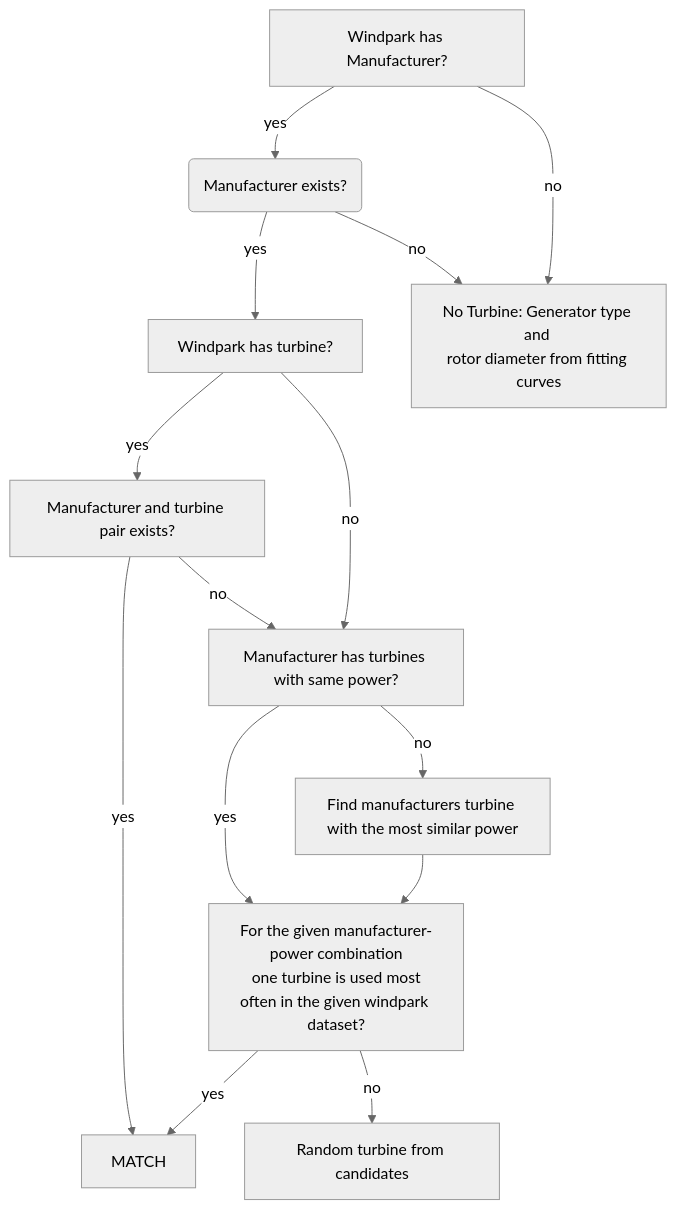
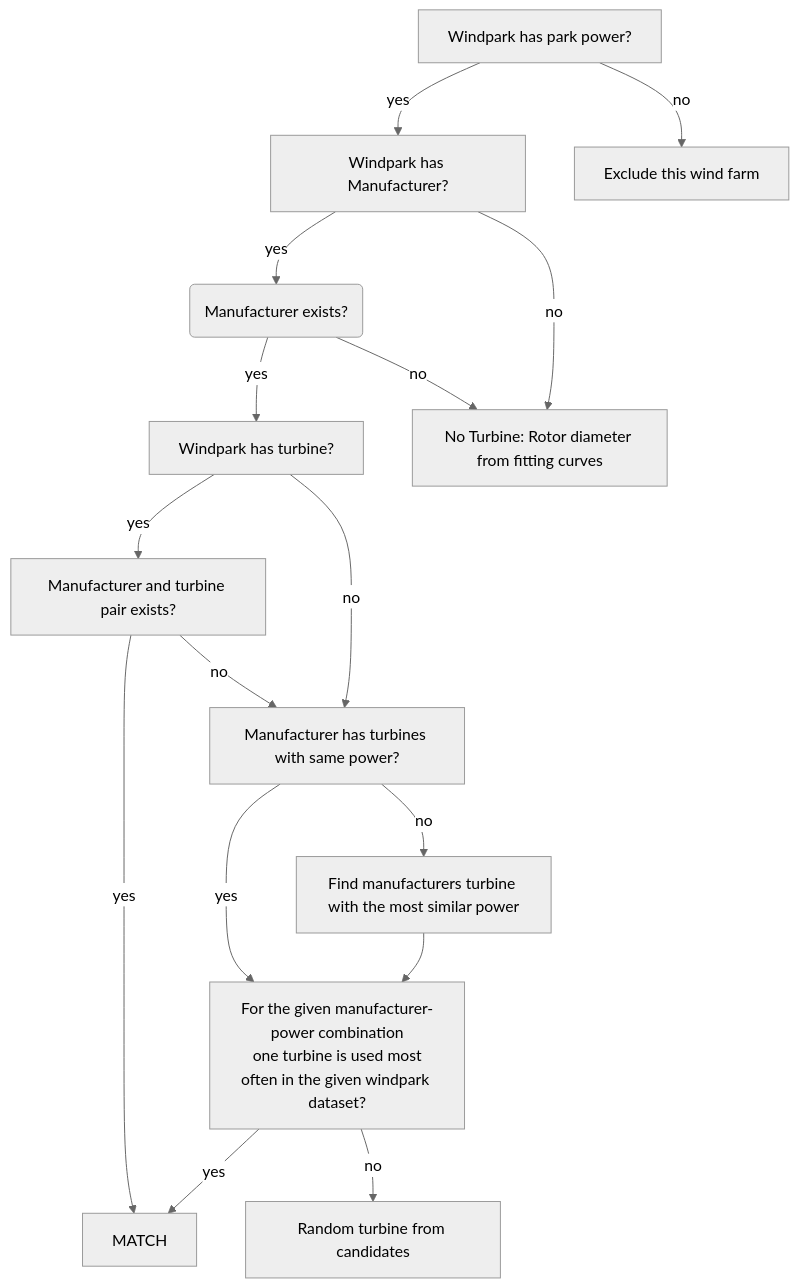
The diagram in turbine_matching.md (LIVENlab/JW4A_D1_1), drawn with Mermaid (neutral theme) before and after one commit. The commit also changed other lines of this file, not shown here.

````diff
--- a/turbine_matching.md
+++ b/turbine_matching.md
@@ -25,19 +3,22 @@
 ```mermaid
 graph TD
+    HasParPower[Windpark has park power?]
+    HasParPower -- yes --> HasMan
+    HasParPower -- no --> EXCLUDE[Exclude this wind farm]
     HasMan[Windpark has Manufacturer?]
     HasMan -- yes --> ManExists
-    HasMan -- " no " --> MAN_FIT_CURVE[No Turbine: Generator type and \nrotor diameter from fitting curves]
+    HasMan -- " no " --> MAN_FIT_CURVE[No Turbine: Rotor diameter from fitting curves]
     ManExists(Manufacturer exists?)
     ManExists -- yes --> WPHasTurbine?
     ManExists -- " no " --> MAN_FIT_CURVE
     WPHasTurbine?[Windpark has turbine?]
     WPHasTurbine? -- yes --> ManTurbinePairExists?[Manufacturer and turbine pair exists?]
     WPHasTurbine? -- no --> PowerMatch?[Manufacturer has turbines with same power?]
     PowerMatch? -- " yes " --> OneMostCommon?
     PowerMatch? -- no --> CLOSEST[Find manufacturers turbine with the most similar power]
     CLOSEST --> OneMostCommon?[For the given manufacturer-power combination\n one turbine is used most often in the given windpark dataset?]
     OneMostCommon? -- " yes " --> MATCH
     OneMostCommon? -- no --> RND[Random turbine from candidates]
     ManTurbinePairExists? -- " yes " --> MATCH
     ManTurbinePairExists? -- no --> PowerMatch?
 ```
````
